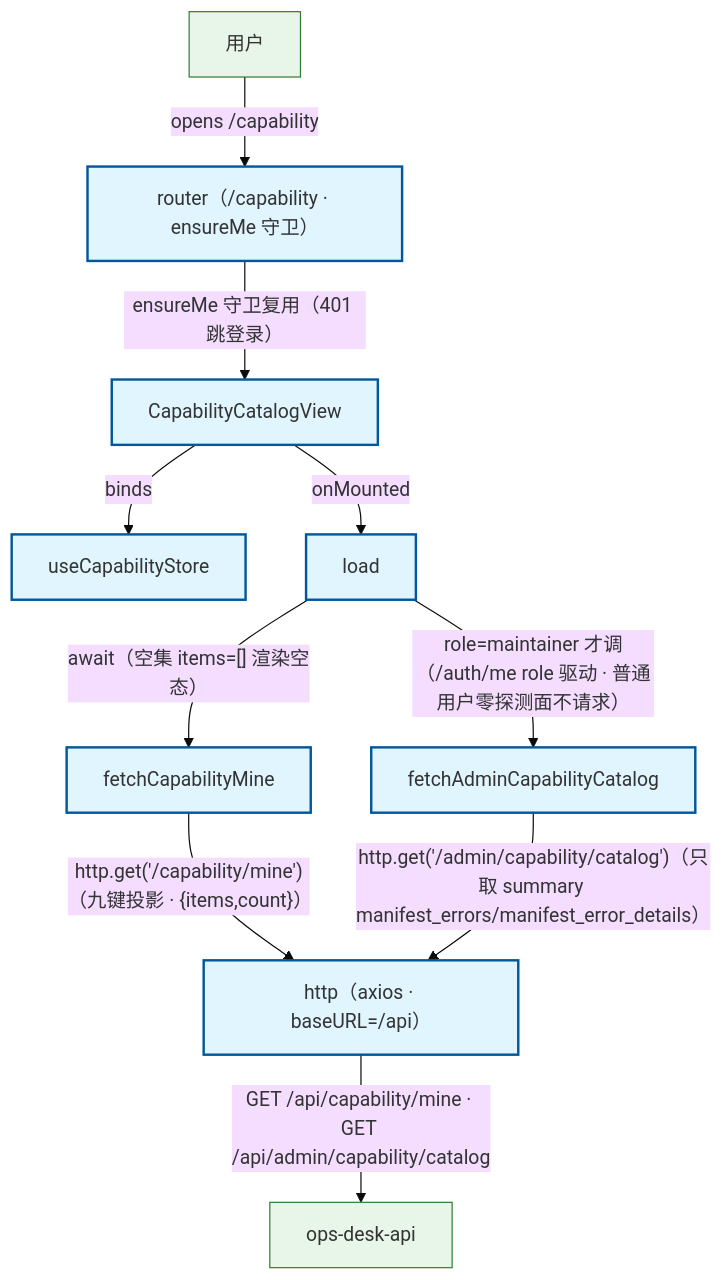
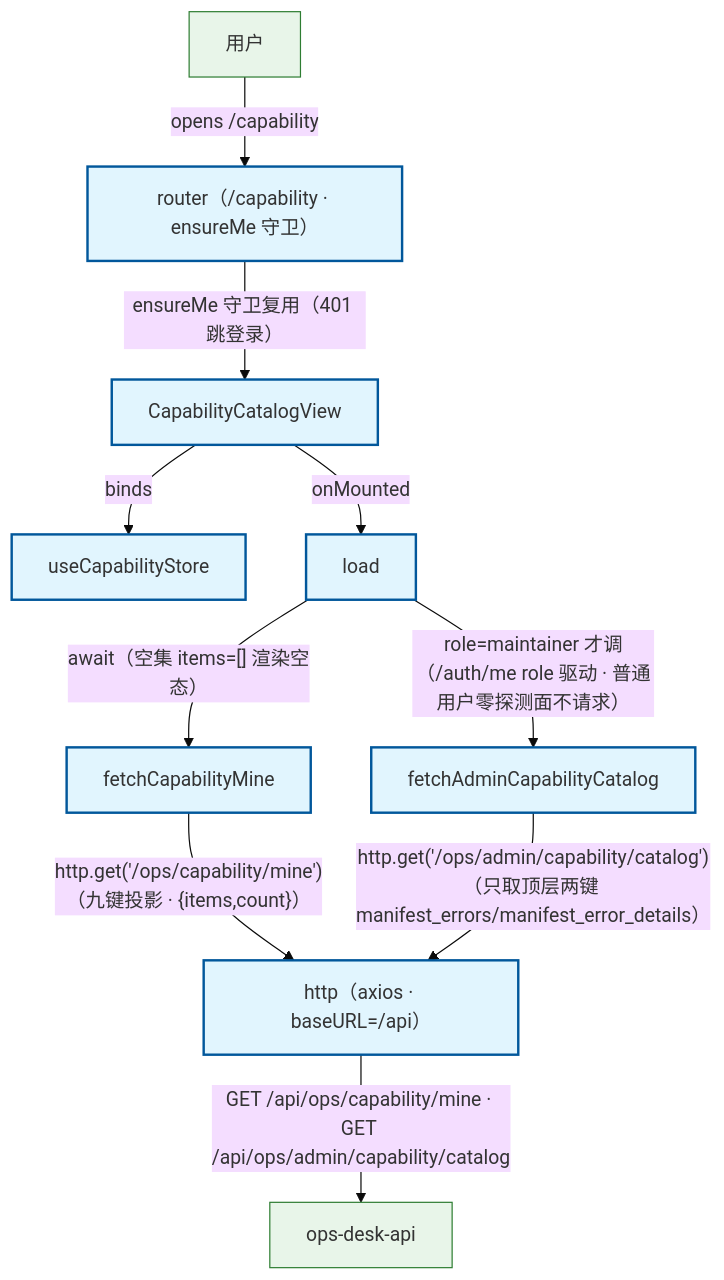
Before and after one commit to Cyning12/ops-desk-web: the diagram in docs/_tech_graph/l1/10_flow_capability.md, drawn with Mermaid (base theme). The commit also changed other lines of this file and 13 other files, not shown here.

First line of the commit message:
feat(web): capability 目录页（T-W3 · task_web-capability-catalog · F5）

````diff
--- a/docs/_tech_graph/l1/10_flow_capability.md
+++ b/docs/_tech_graph/l1/10_flow_capability.md
@@ -14,28 +14,28 @@
 ```mermaid
 flowchart TB
     user["用户"]
     router_guard["router（/capability · ensureMe 守卫）"]
     capability_view["CapabilityCatalogView"]
     capability_store["useCapabilityStore"]
     load_action["load"]
     fetch_mine_api["fetchCapabilityMine"]
     fetch_catalog_api["fetchAdminCapabilityCatalog"]
     http_client["http（axios · baseURL=/api）"]
     ops_api["ops-desk-api"]
 
     user -->|"opens /capability"| router_guard
     router_guard -->|"ensureMe 守卫复用（401 跳登录）"| capability_view
     capability_view -->|"binds"| capability_store
     capability_view -->|"onMounted"| load_action
     load_action -->|"await（空集 items=[] 渲染空态）"| fetch_mine_api
-    fetch_mine_api -->|"http.get('/capability/mine')（九键投影 · {items,count}）"| http_client
+    fetch_mine_api -->|"http.get('/ops/capability/mine')（九键投影 · {items,count}）"| http_client
     load_action -->|"role=maintainer 才调（/auth/me role 驱动 · 普通用户零探测面不请求）"| fetch_catalog_api
-    fetch_catalog_api -->|"http.get('/admin/capability/catalog')（只取 summary manifest_errors/manifest_error_details）"| http_client
-    http_client -->|"GET /api/capability/mine · GET /api/admin/capability/catalog"| ops_api
+    fetch_catalog_api -->|"http.get('/ops/admin/capability/catalog')（只取顶层两键 manifest_errors/manifest_error_details）"| http_client
+    http_client -->|"GET /api/ops/capability/mine · GET /api/ops/admin/capability/catalog"| ops_api
 
     classDef phase fill:#e1f5fe,stroke:#01579b,stroke-width:2px
     classDef doc fill:#fff8e1,stroke:#ff6f00,stroke-width:1px
     classDef infra fill:#e8f5e9,stroke:#2e7d32,stroke-width:1px
     class router_guard,capability_view,capability_store,load_action,fetch_mine_api,fetch_catalog_api,http_client phase
     class user,ops_api infra
 ```
````
